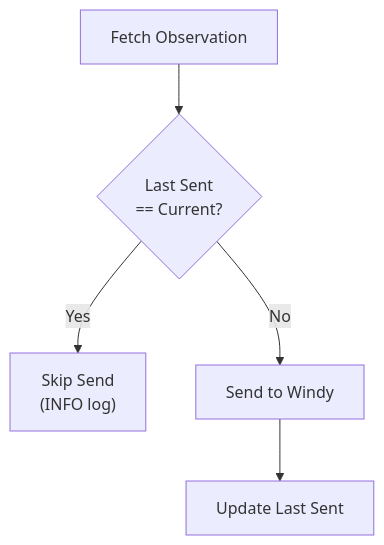
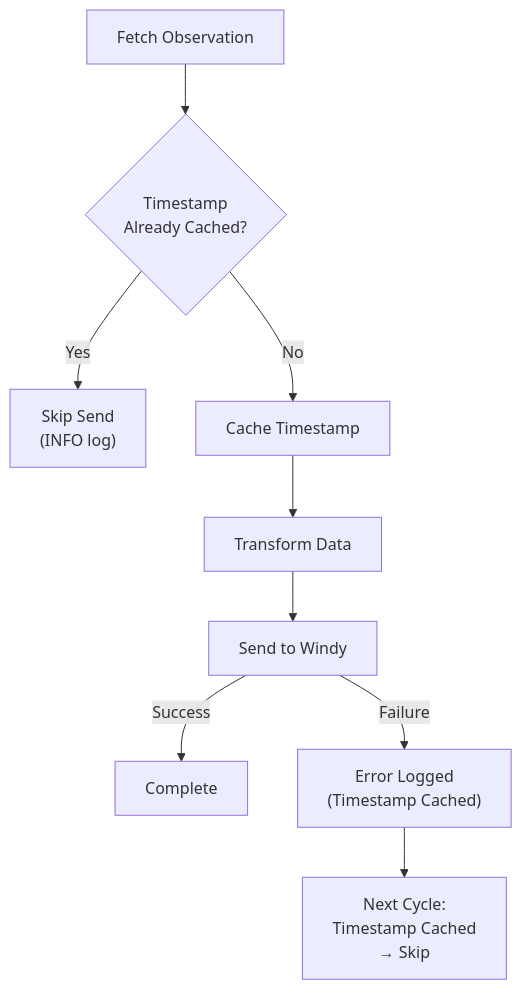
The first of 2 diagrams in ARCHITECTURE.md (AlessandroAnnini/WeatherStationDataBridge), drawn with Mermaid before and after one commit. The commit also changed other lines of this file and 1 other file, not shown here.

First line of the commit message:
fix🐛: cache timestamp before send to prevent retry loops

````diff
--- a/ARCHITECTURE.md
+++ b/ARCHITECTURE.md
@@ -136,7 +151,11 @@
 ```mermaid
 graph TD
-    A["Fetch Observation"] --> B{"Last Sent\n== Current?"}
+    A["Fetch Observation"] --> B{"Timestamp\nAlready Cached?"}
     B -->|Yes| C["Skip Send\n(INFO log)"]
-    B -->|No| D["Send to Windy"]
-    D --> E["Update Last Sent"]
+    B -->|No| D["Cache Timestamp"]
+    D --> E["Transform Data"]
+    E --> F["Send to Windy"]
+    F -->|Success| G["Complete"]
+    F -->|Failure| H["Error Logged\n(Timestamp Cached)"]
+    H --> I["Next Cycle:\nTimestamp Cached\n→ Skip"]
 ```
````
